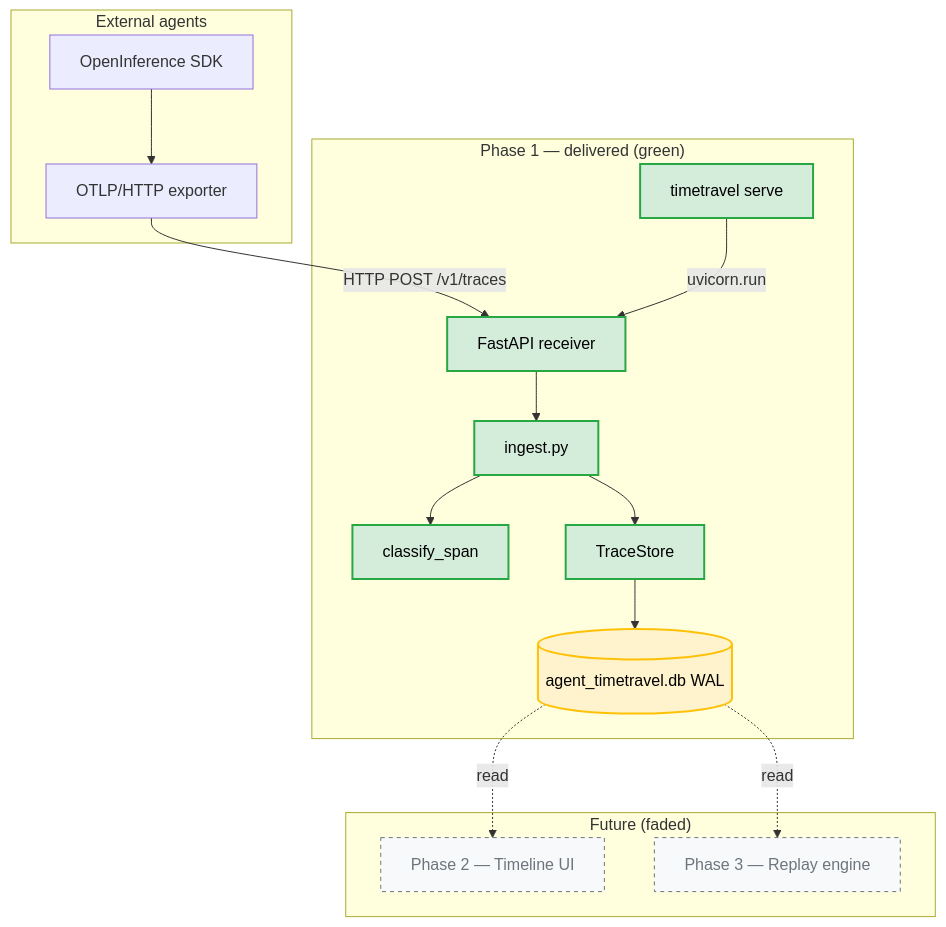
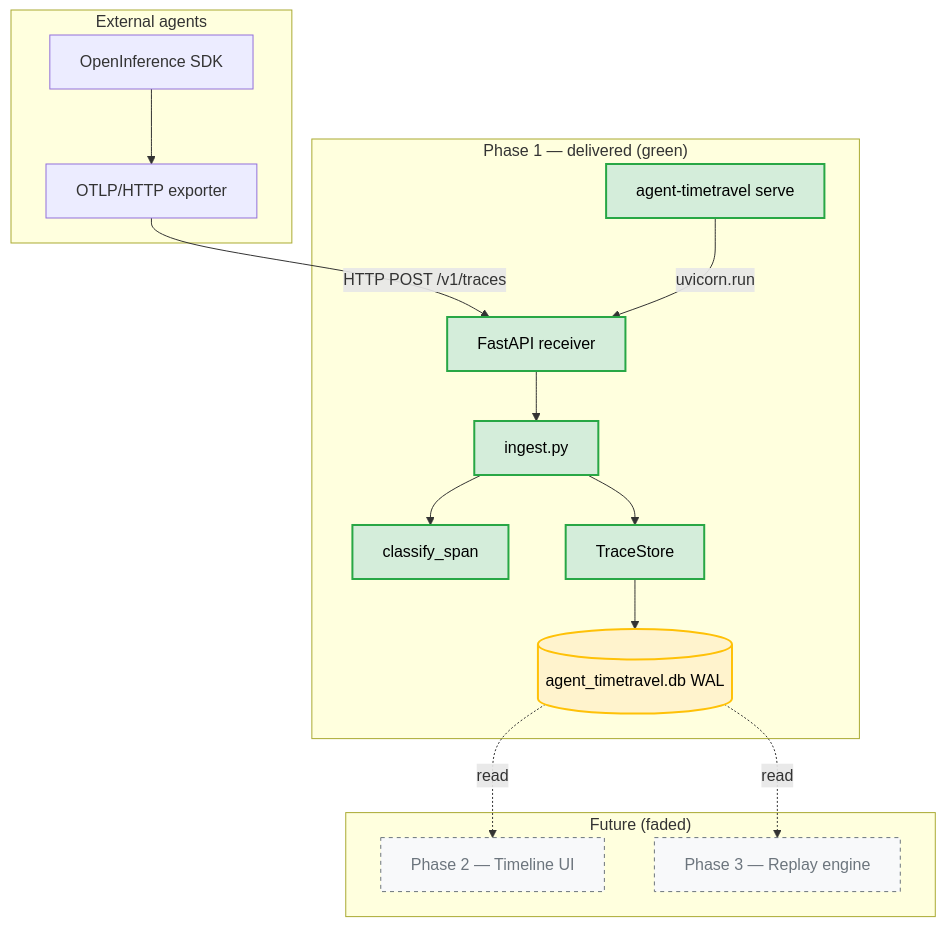
One commit to akshay-mp/Rewind changed the first of 3 diagrams in docs/phases/phase-1.md. Above: the diagram before and after it, drawn with Mermaid. The commit also changed other lines of this file and 113 other files, not shown here.

Commit message:
Prepare agent-timetravel 0.2.0 release

````diff
--- a/docs/phases/phase-1.md
+++ b/docs/phases/phase-1.md
@@ -94,34 +94,34 @@
 ```mermaid
 flowchart TB
     subgraph P1Delivered["Phase 1 — delivered (green)"]
-        CLI["timetravel serve"]
+        CLI["agent-timetravel serve"]
         Receiver["FastAPI receiver"]
         Ingest["ingest.py"]
         Classify["classify_span"]
         Store["TraceStore"]
         DB[("agent_timetravel.db WAL")]
     end
     subgraph P1Future["Future (faded)"]
         TimelineUI["Phase 2 — Timeline UI"]
         Engine["Phase 3 — Replay engine"]
     end
     subgraph P1External["External agents"]
         AgentSDK["OpenInference SDK"]
         OTLP["OTLP/HTTP exporter"]
     end
     AgentSDK --> OTLP
     OTLP -->|HTTP POST /v1/traces| Receiver
     CLI -->|uvicorn.run| Receiver
     Receiver --> Ingest
     Ingest --> Classify
     Ingest --> Store
     Store --> DB
     DB -.read.-> TimelineUI
     DB -.read.-> Engine
     classDef delivered fill:#d4edda,stroke:#28a745,stroke-width:2px,color:#000
     classDef future fill:#f8f9fa,stroke:#6c757d,stroke-dasharray:4 4,color:#6c757d
     classDef db fill:#fff3cd,stroke:#ffc107,stroke-width:2px,color:#000
     class CLI,Receiver,Ingest,Classify,Store delivered
     class DB db
     class TimelineUI,Engine future
 ```
````
